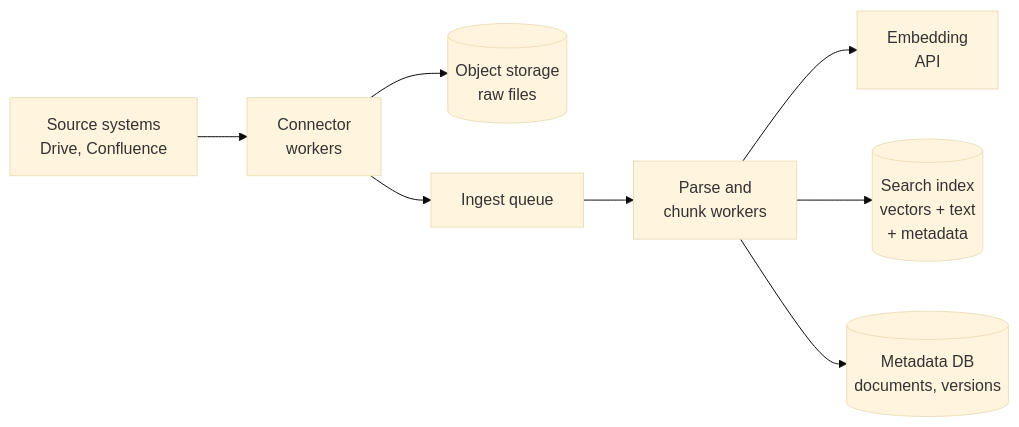
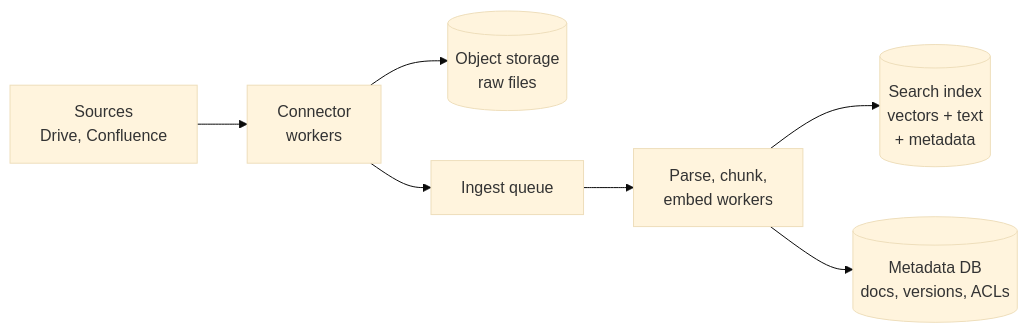
One commit to shubamchaudhary/CodeNITW changed the first of 2 diagrams in src/Data/aiStackDocs/DP-01.md. Above: the diagram before and after it, drawn with Mermaid (base theme). The commit also changed other lines of this file and 15 other files, not shown here.

````diff
--- a/src/Data/aiStackDocs/DP-01.md
+++ b/src/Data/aiStackDocs/DP-01.md
@@ -77,10 +67,9 @@
 ```mermaid
 flowchart LR
-    SRC["Source systems<br/>Drive, Confluence"] --> CON["Connector<br/>workers"]
+    SRC["Sources<br/>Drive, Confluence"] --> CON["Connector<br/>workers"]
     CON --> RAW[("Object storage<br/>raw files")]
     CON --> Q["Ingest queue"]
-    Q --> PW["Parse and<br/>chunk workers"]
-    PW --> EMB["Embedding<br/>API"]
+    Q --> PW["Parse, chunk,<br/>embed workers"]
     PW --> IDX[("Search index<br/>vectors + text<br/>+ metadata")]
-    PW --> META[("Metadata DB<br/>documents, versions")]
+    PW --> META[("Metadata DB<br/>docs, versions, ACLs")]
 ```
````
